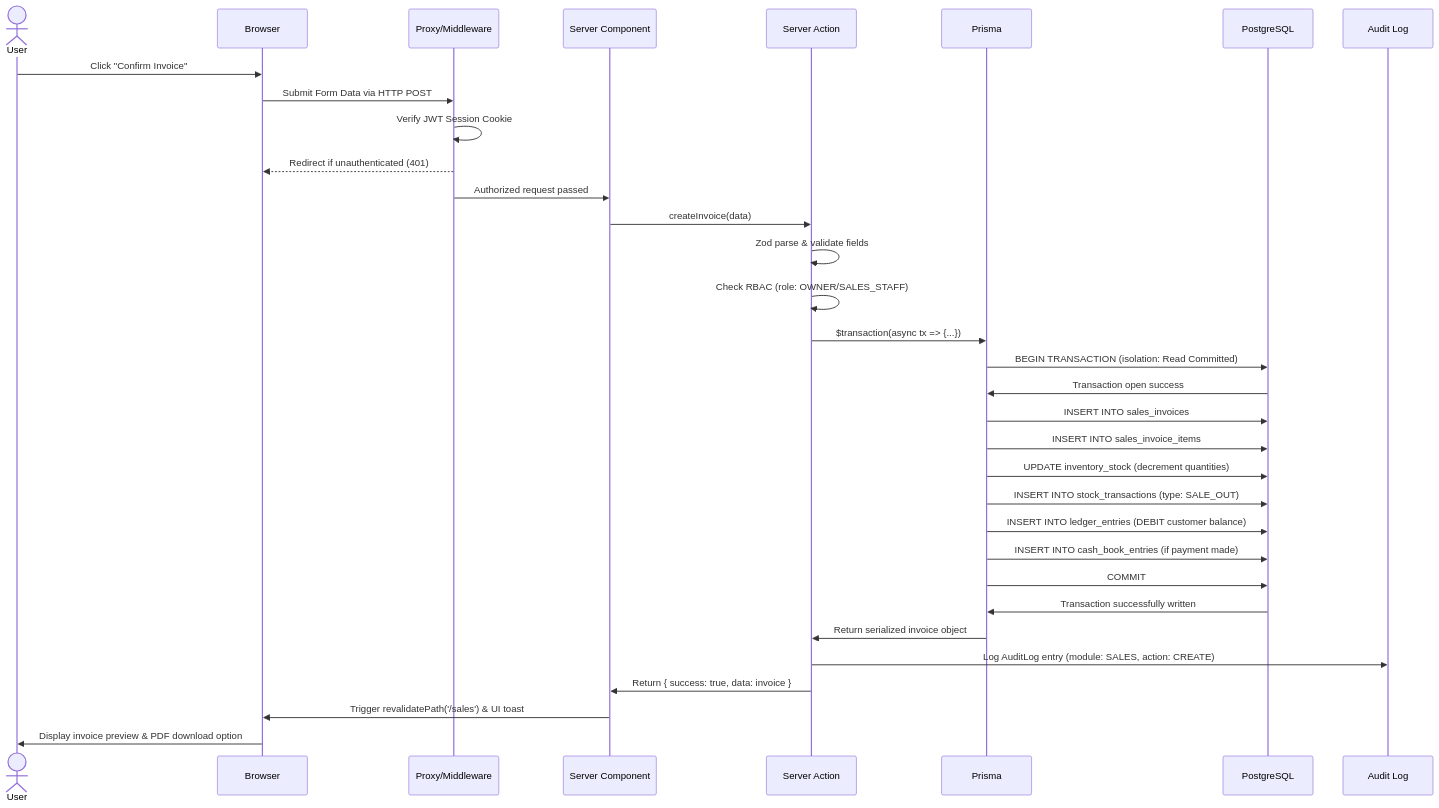
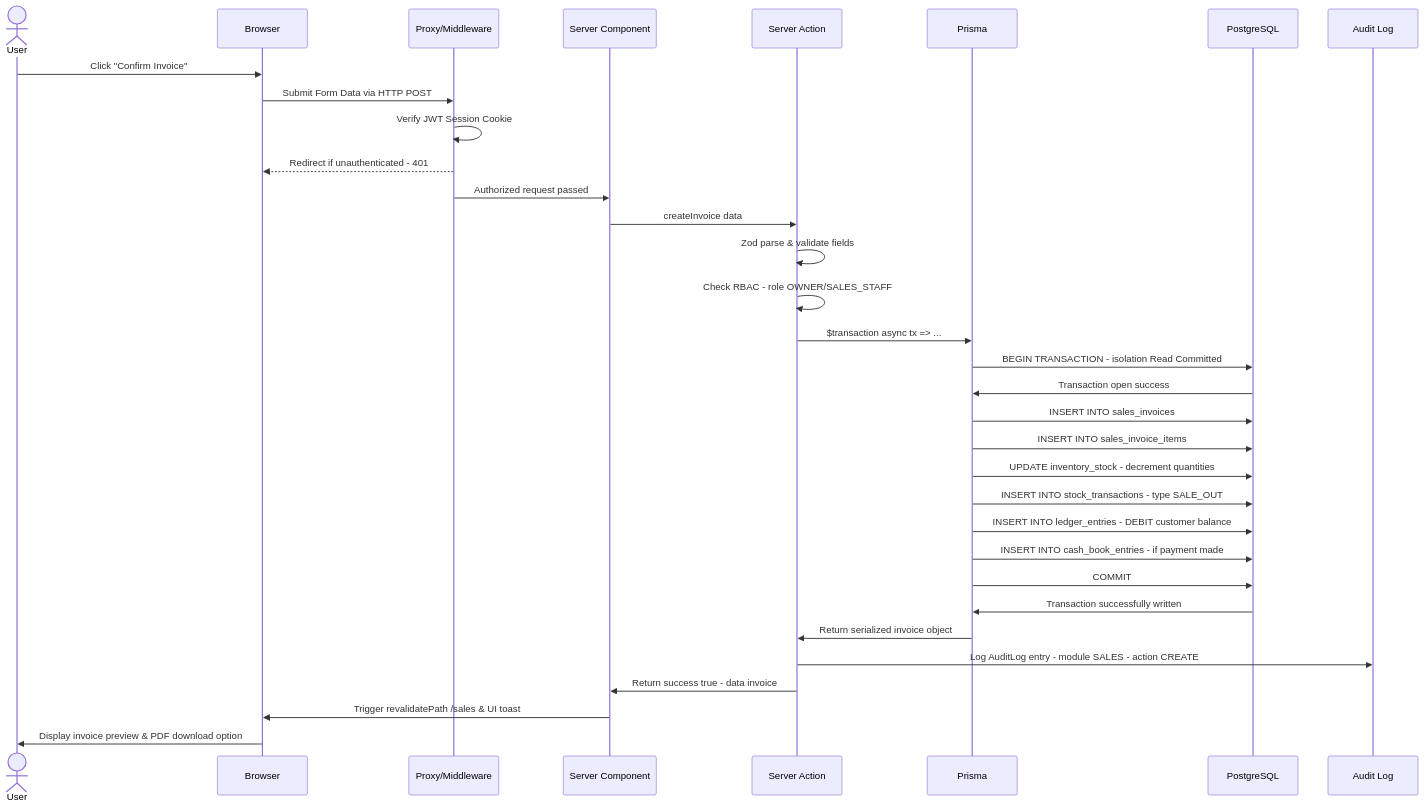
Before and after one commit to Rabin-Mishra/nextgen-erp: the third of 5 diagrams in docs/01-system-architecture.md, drawn with Mermaid. The commit also changed other lines of this file and 37 other files, not shown here.

Commit message:
chore: apply mermaid syntax fixes and complete component updates

````diff
--- a/docs/01-system-architecture.md
+++ b/docs/01-system-architecture.md
@@ -116,36 +116,36 @@
 ```mermaid
 sequenceDiagram
   actor User
   participant Browser
   participant Proxy as Proxy/Middleware
   participant RSC as Server Component
   participant Action as Server Action
   participant Prisma
   participant DB as PostgreSQL
   participant Audit as Audit Log
 
   User->>Browser: Click "Confirm Invoice"
   Browser->>Proxy: Submit Form Data via HTTP POST
   Proxy->>Proxy: Verify JWT Session Cookie
-  Proxy-->>Browser: Redirect if unauthenticated (401)
+  Proxy-->>Browser: Redirect if unauthenticated - 401
   Proxy->>RSC: Authorized request passed
-  RSC->>Action: createInvoice(data)
+  RSC->>Action: createInvoice data
   Action->>Action: Zod parse & validate fields
-  Action->>Action: Check RBAC (role: OWNER/SALES_STAFF)
-  Action->>Prisma: $transaction(async tx => {...})
-  Prisma->>DB: BEGIN TRANSACTION (isolation: Read Committed)
+  Action->>Action: Check RBAC - role OWNER/SALES_STAFF
+  Action->>Prisma: $transaction async tx => ...
+  Prisma->>DB: BEGIN TRANSACTION - isolation Read Committed
   DB->>Prisma: Transaction open success
   Prisma->>DB: INSERT INTO sales_invoices
   Prisma->>DB: INSERT INTO sales_invoice_items
-  Prisma->>DB: UPDATE inventory_stock (decrement quantities)
-  Prisma->>DB: INSERT INTO stock_transactions (type: SALE_OUT)
-  Prisma->>DB: INSERT INTO ledger_entries (DEBIT customer balance)
-  Prisma->>DB: INSERT INTO cash_book_entries (if payment made)
+  Prisma->>DB: UPDATE inventory_stock - decrement quantities
+  Prisma->>DB: INSERT INTO stock_transactions - type SALE_OUT
+  Prisma->>DB: INSERT INTO ledger_entries - DEBIT customer balance
+  Prisma->>DB: INSERT INTO cash_book_entries - if payment made
   Prisma->>DB: COMMIT
   DB->>Prisma: Transaction successfully written
   Prisma->>Action: Return serialized invoice object
-  Action->>Audit: Log AuditLog entry (module: SALES, action: CREATE)
-  Action->>RSC: Return { success: true, data: invoice }
-  RSC->>Browser: Trigger revalidatePath('/sales') & UI toast
+  Action->>Audit: Log AuditLog entry - module SALES - action CREATE
+  Action->>RSC: Return success true - data invoice
+  RSC->>Browser: Trigger revalidatePath /sales & UI toast
   Browser->>User: Display invoice preview & PDF download option
 ```
````
